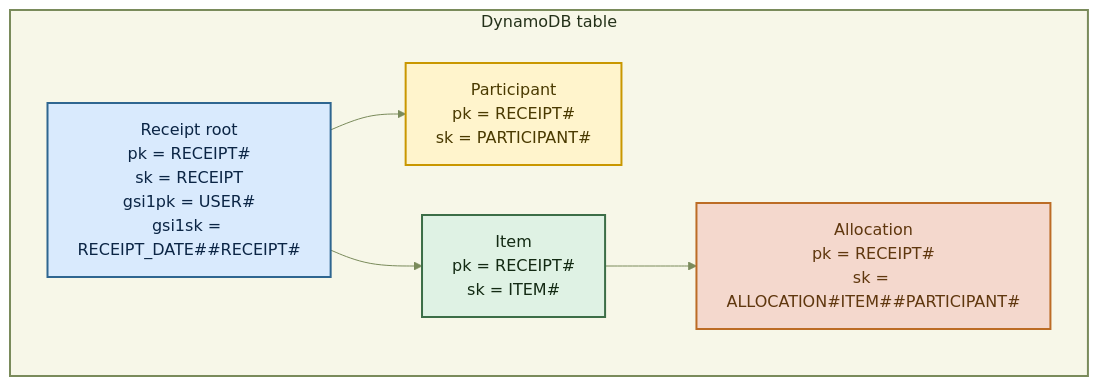
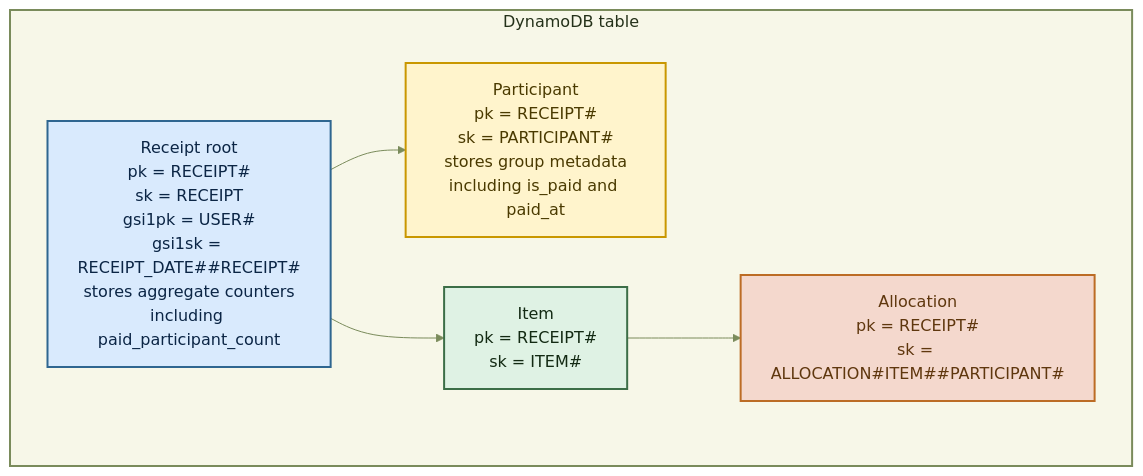
The third of 5 diagrams in infra/modules/receipt-api/README.md (reiganarmstrong/check-split-mono), drawn with Mermaid before and after one commit. The commit also changed other lines of this file and 11 other files, not shown here.

````diff
--- a/infra/modules/receipt-api/README.md
+++ b/infra/modules/receipt-api/README.md
@@ -121,45 +121,49 @@
 ```mermaid
 ---
 config:
   theme: base
   themeVariables:
     primaryColor: "#F8F5E9"
     primaryTextColor: "#1F2933"
     primaryBorderColor: "#556B2F"
     lineColor: "#7A8B5B"
     secondaryColor: "#E6F4EA"
     tertiaryColor: "#E8EEF9"
 ---
 flowchart TB
   subgraph T["DynamoDB table"]
     RR["Receipt root
 pk = RECEIPT#<receipt_id>
 sk = RECEIPT
 gsi1pk = USER#<owner_user_id>
-gsi1sk = RECEIPT_DATE#<receipt_occurred_at>#RECEIPT#<receipt_id>"]
+gsi1sk = RECEIPT_DATE#<receipt_occurred_at>#RECEIPT#<receipt_id>
+stores aggregate counters
+including paid_participant_count"]
     RP["Participant
 pk = RECEIPT#<receipt_id>
-sk = PARTICIPANT#<participant_id>"]
+sk = PARTICIPANT#<participant_id>
+stores group metadata
+including is_paid and paid_at"]
     RI["Item
 pk = RECEIPT#<receipt_id>
 sk = ITEM#<item_id>"]
     RA["Allocation
 pk = RECEIPT#<receipt_id>
 sk = ALLOCATION#ITEM#<item_id>#PARTICIPANT#<participant_id>"]
   end
 
   RR --> RP
   RR --> RI
   RI --> RA
 
   style T fill:#F7F7E8,stroke:#7A8B5B,stroke-width:2px,color:#243119
   classDef root fill:#D9EAFD,stroke:#2F6690,color:#0B2545,stroke-width:2px;
   classDef participant fill:#FFF4CC,stroke:#C99700,color:#4A3A00,stroke-width:2px;
   classDef item fill:#DFF2E4,stroke:#3C6E47,color:#132A13,stroke-width:2px;
   classDef allocation fill:#F4D8CD,stroke:#BC6C25,color:#5F370E,stroke-width:2px;
 
   class RR root;
   class RP participant;
   class RI item;
   class RA allocation;
 ```
````
